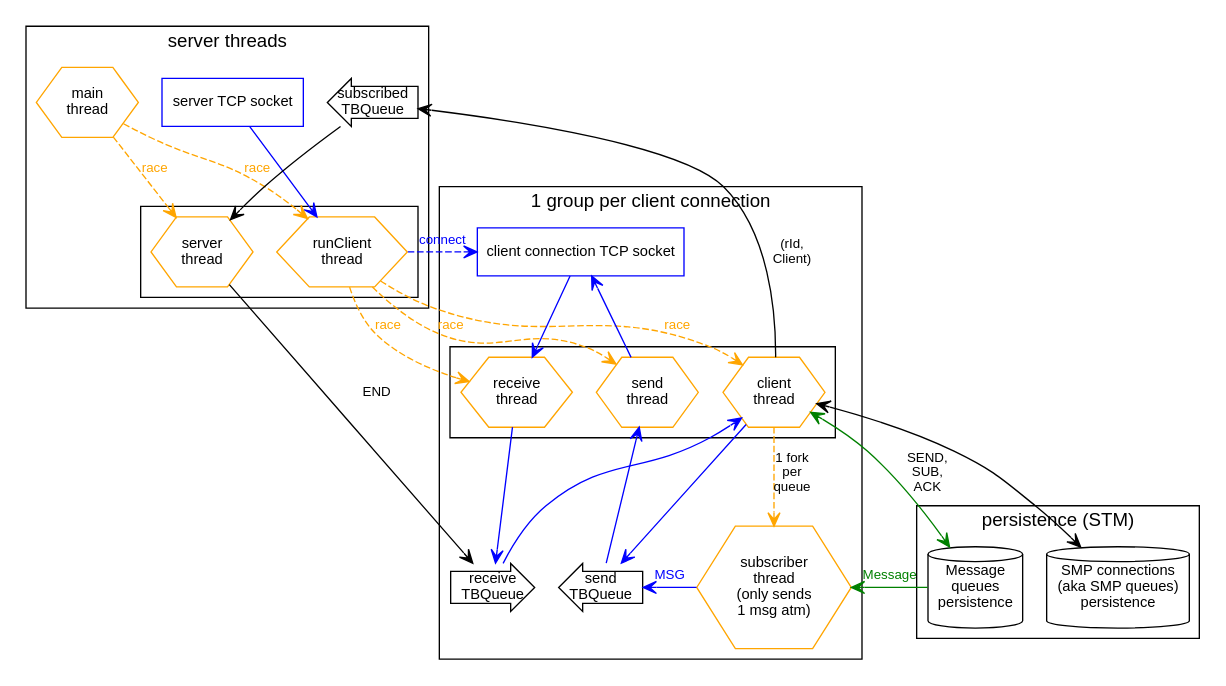
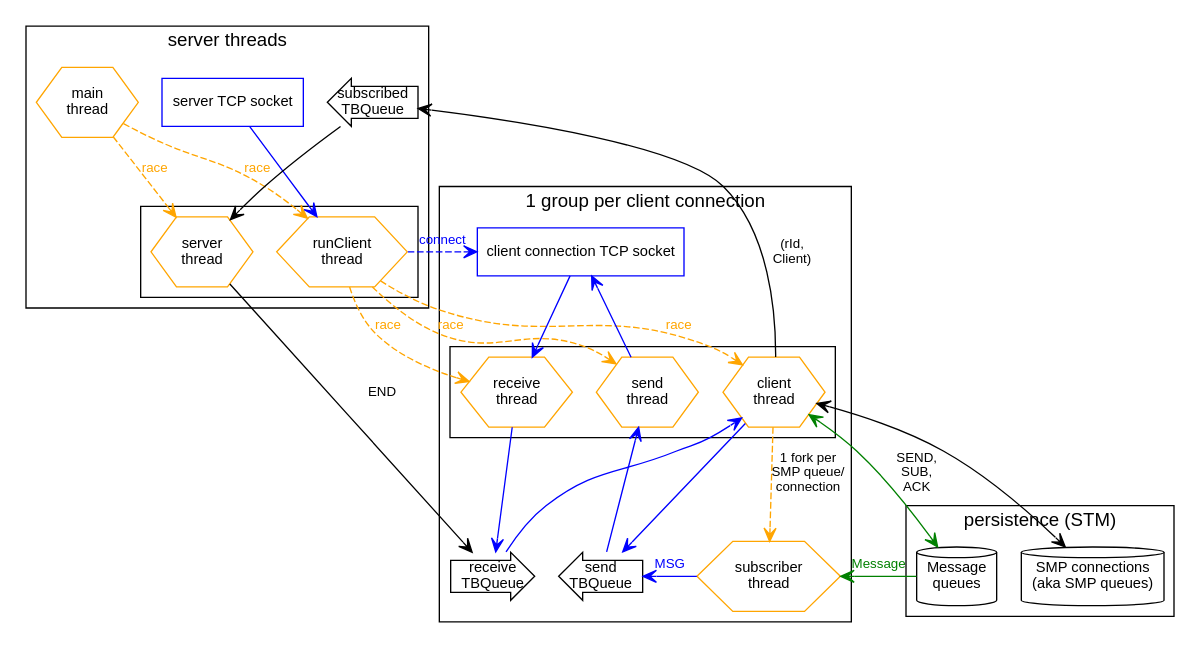
One commit to simplex-chat/simplexmq changed the diagram in design/server.gv. Above: the diagram before and after it, drawn with Graphviz. The commit also changed 1 other file, not shown here.

Commit message:
docs: update diagram

```diff
--- a/design/server.gv
+++ b/design/server.gv
@@ -1,57 +1,57 @@
 digraph SMPServer {
   graph [fontname=arial]
   node [fontname=arial fontsize=11 shape=box]
   edge [fontname=arial fontsize=10 arrowhead=open arrowtail=open]
 
   subgraph clusterPersistence {
     label="persistence (STM)"
-    msgQueues [shape=cylinder label="Message\nqueues\npersistence"]
-    queueStore [shape=cylinder label="SMP connections\n(aka SMP queues)\npersistence"]
+    msgQueues [shape=cylinder label="Message\nqueues"]
+    queueStore [shape=cylinder label="SMP connections\n(aka SMP queues)"]
   }
 
   subgraph clusterServer {
     label="server threads" 
     main [shape=hexagon color=orange label="main\nthread"]
     ss [label="server TCP socket" color=blue]
     subgraph clusterThreads {
       label="" 
       node [shape=hexagon color=orange]
       runClient [label="runClient\nthread"]
       server [label="server\nthread"]
     }
     subscribedQ [shape="larrow" label="subscribed\nTBQueue"]
     main -> {server runClient} [style=dashed label=race color=orange fontcolor=orange]
     ss -> runClient [color=blue]
     subscribedQ -> server
   }
 
   subgraph clusterConnection {
     label="1 group per client connection"
     cs [label="client connection TCP socket" color=blue]
 
     subgraph clusterThreads {
       node [shape=hexagon, color=orange]
       label=""
       receive [label="receive\nthread"]
       client [label="client\nthread"]
       send [label="send\nthread"]
     }
 
     runClient -> cs [style=dashed label="connect" color=blue fontcolor=blue]
     runClient -> {client receive send} [style=dashed label=race color=orange fontcolor=orange]
     server -> inq [label="END"]
 
-    subscriber [shape=hexagon color=orange label="subscriber\nthread\n(only sends\n1 msg atm)"]
+    subscriber [shape=hexagon color=orange label="subscriber\nthread"]
 
     inq [shape=rarrow label="receive\nTBQueue"]
     outq [shape=larrow label="send\nTBQueue"]
     cs -> receive -> inq -> client [color=blue]
     msgQueues -> subscriber [label="Message" color=green fontcolor=green]
     subscriber -> outq [label="MSG" color=blue fontcolor=blue constraint=false]
     client -> queueStore [dir=both]
-    client -> subscriber [style=dashed label="1 fork\nper\nqueue" color=orange]
+    client -> subscriber [style=dashed label="1 fork per\nSMP queue/\nconnection" color=orange]
     client -> msgQueues [dir="both" label="SEND,\nSUB,\nACK" color=green]
     client -> outq -> send -> cs [color=blue]
     client -> subscribedQ [label="(rId,\nClient)"]
   }
 }
```
